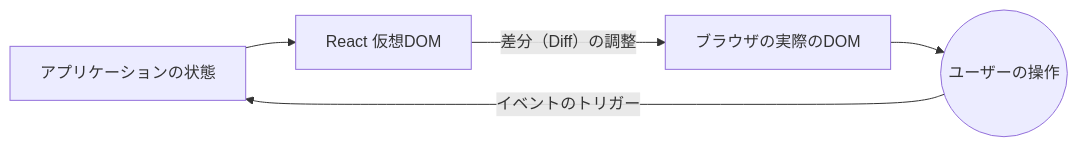
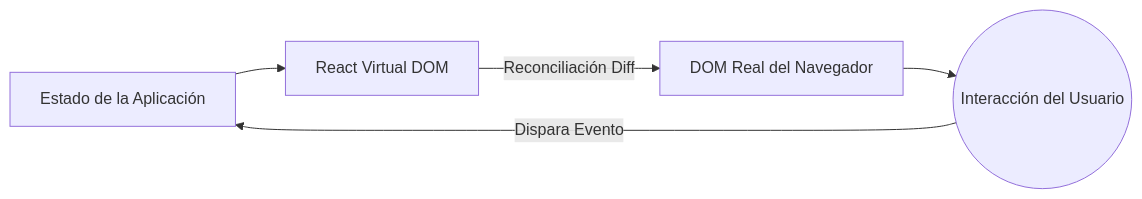
The first of 2 diagrams in public/docs/ja/ext_react_inicial.md (gjpierp/nmergeia), drawn with Mermaid before and after one commit. The commit also changed other lines of this file and 518 other files, not shown here.

````diff
--- a/public/docs/ja/ext_react_inicial.md
+++ b/public/docs/ja/ext_react_inicial.md
@@ -9,7 +9,7 @@
 ```mermaid
 graph LR
-    Estado[アプリケーションの状態] --> ReactEngine[React 仮想DOM]
-    ReactEngine -->|差分（Diff）の調整| DOM[ブラウザの実際のDOM]
-    DOM --> Usuario((ユーザーの操作))
-    Usuario -->|イベントのトリガー| Estado
+    Estado[Estado de la Aplicación] --> ReactEngine[React Virtual DOM]
+    ReactEngine -->|Reconciliación Diff| DOM[DOM Real del Navegador]
+    DOM --> Usuario((Interacción del Usuario))
+    Usuario -->|Dispara Evento| Estado
 ```
````
